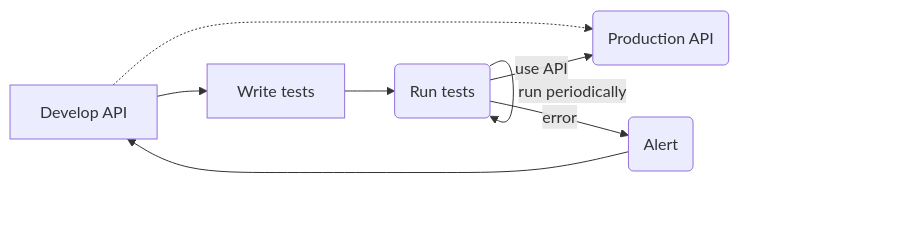
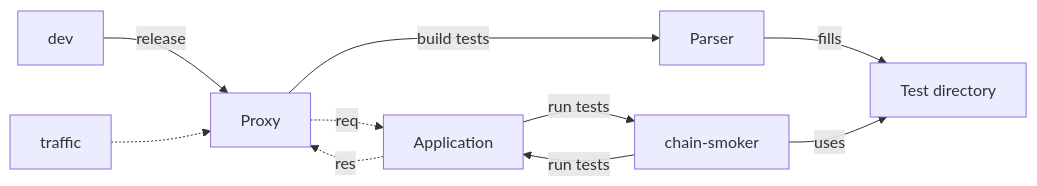
Before and after one commit to philsupertramp/chain-smoker: the first of 2 diagrams in README.md, drawn with Mermaid. The commit also changed other lines of this file and 39 other files, not shown here.

````diff
--- a/README.md
+++ b/README.md
@@ -28,10 +28,12 @@
 ```mermaid
 graph LR;
-    dev[Develop API]-->tests[Write tests];
-    dev-.->deploy(Production API);
-    tests-->run(Run tests);
-    run -- use API -->deploy;
-    run -- run periodically --> run;
-    run -- error -->alert(Alert);
-    alert --> dev;
+    dev -- release --> proxy[Proxy];
+    traffic -.-> proxy;
+    proxy -. req .-> prod[Application];
+    prod -. res .-> proxy;
+    proxy -- build tests --> parser[Parser];
+    prod -- run tests --> test[chain-smoker];
+    test -- run tests --> prod;
+    parser -- fills --> test_dir[Test directory];
+    test -- uses --> test_dir;
 ```
````
